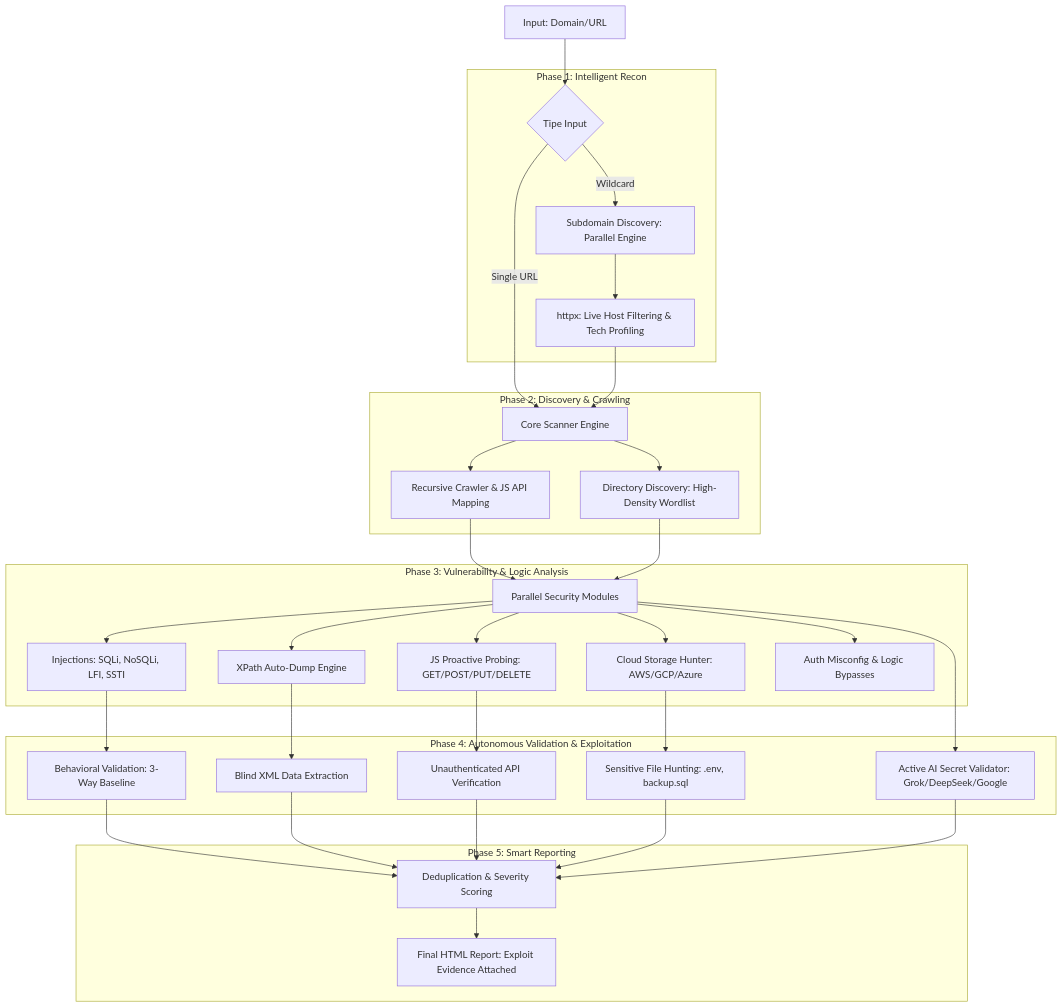
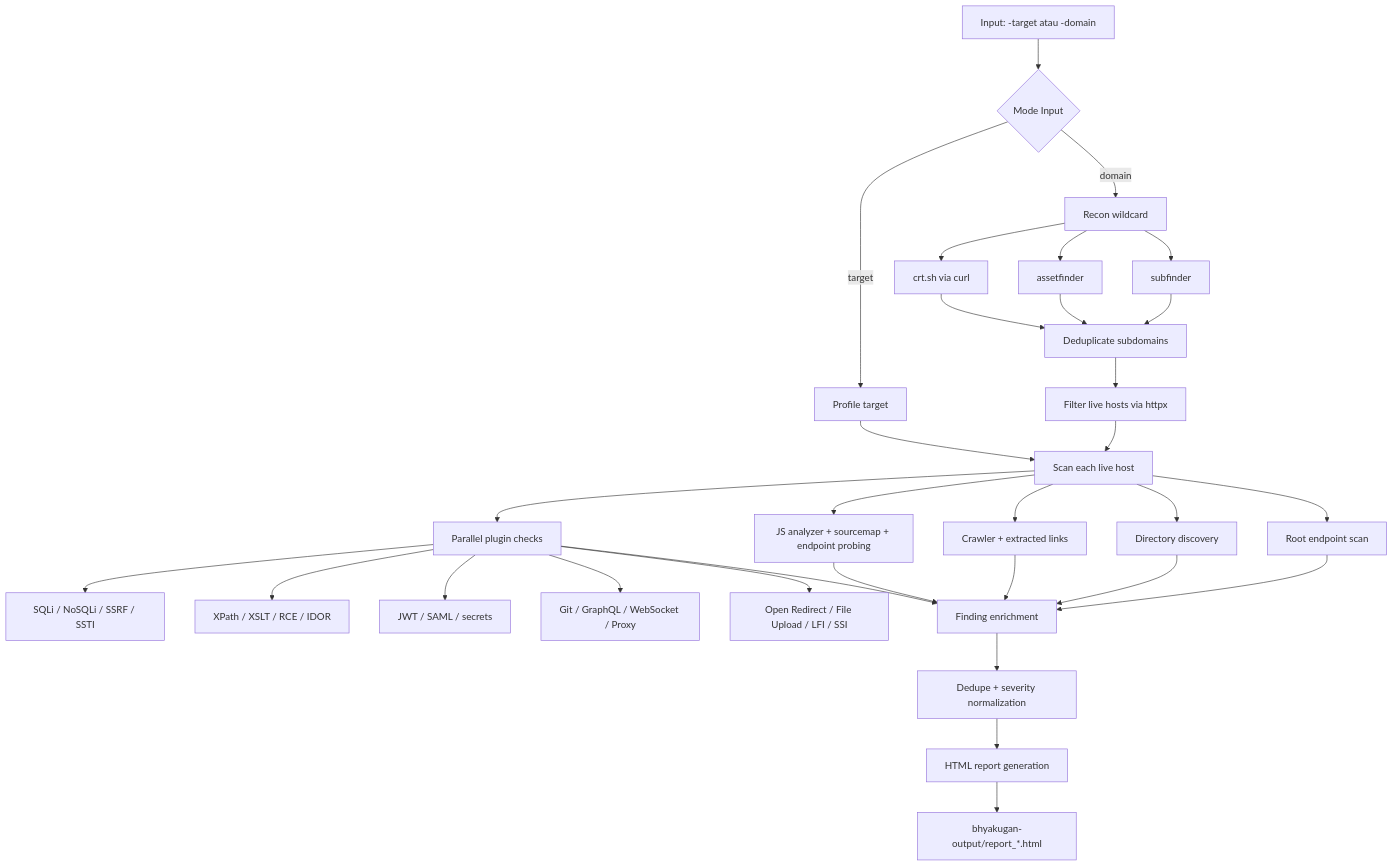
Before and after one commit to areksaxyz/bhyakugan: the diagram in README.md, drawn with Mermaid. The commit also changed other lines of this file and 111 other files, not shown here.

````diff
--- a/README.md
+++ b/README.md
@@ -79,38 +106,37 @@
 ```mermaid
-graph TD
-    A[Input: Domain/URL] --> B{Tipe Input}
-    
-    subgraph "Phase 1: Intelligent Recon"
-    B -->|Wildcard| C[Subdomain Discovery: Parallel Engine]
-    C --> D[httpx: Live Host Filtering & Tech Profiling]
-    end
-    
-    subgraph "Phase 2: Discovery & Crawling"
-    B -->|Single URL| E[Core Scanner Engine]
-    D --> E
-    E --> F[Recursive Crawler & JS API Mapping]
-    E --> G[Directory Discovery: High-Density Wordlist]
-    end
+flowchart TD
+    A[Input: -target atau -domain] --> B{Mode Input}
+    B -->|target| C[Profile target]
+    B -->|domain| D[Recon wildcard]
+    D --> D1[subfinder]
+    D --> D2[assetfinder]
+    D --> D3[crt.sh via curl]
+    D1 --> E[Deduplicate subdomains]
+    D2 --> E
+    D3 --> E
+    E --> F[Filter live hosts via httpx]
+    F --> G[Scan each live host]
+    C --> G
 
-    subgraph "Phase 3: Vulnerability & Logic Analysis"
-    F & G --> H[Parallel Security Modules]
-    H --> H1[Injections: SQLi, NoSQLi, LFI, SSTI]
-    H --> H2[XPath Auto-Dump Engine]
-    H --> H3[JS Proactive Probing: GET/POST/PUT/DELETE]
-    H --> H4[Cloud Storage Hunter: AWS/GCP/Azure]
-    H --> H5[Auth Misconfig & Logic Bypasses]
-    end
+    G --> H[Root endpoint scan]
+    G --> I[Directory discovery]
+    G --> J[Crawler + extracted links]
+    G --> K[JS analyzer + sourcemap + endpoint probing]
+    G --> L[Parallel plugin checks]
 
-    subgraph "Phase 4: Autonomous Validation & Exploitation"
-    H1 --> V1[Behavioral Validation: 3-Way Baseline]
-    H2 --> V2[Blind XML Data Extraction]
-    H3 --> V3[Unauthenticated API Verification]
-    H4 --> V4[Sensitive File Hunting: .env, backup.sql]
-    H --> V5[Active AI Secret Validator: Grok/DeepSeek/Google]
-    end
-    
-    subgraph "Phase 5: Smart Reporting"
-    V1 & V2 & V3 & V4 & V5 --> I[Deduplication & Severity Scoring]
-    I --> J[Final HTML Report: Exploit Evidence Attached]
-    end
+    L --> L1[SQLi / NoSQLi / SSRF / SSTI]
+    L --> L2[XPath / XSLT / RCE / IDOR]
+    L --> L3[JWT / SAML / secrets]
+    L --> L4[Git / GraphQL / WebSocket / Proxy]
+    L --> L5[Open Redirect / File Upload / LFI / SSI]
+
+    H --> M[Finding enrichment]
+    I --> M
+    J --> M
+    K --> M
+    L --> M
+
+    M --> N[Dedupe + severity normalization]
+    N --> O[HTML report generation]
+    O --> P[bhyakugan-output/report_*.html]
 ```
````
